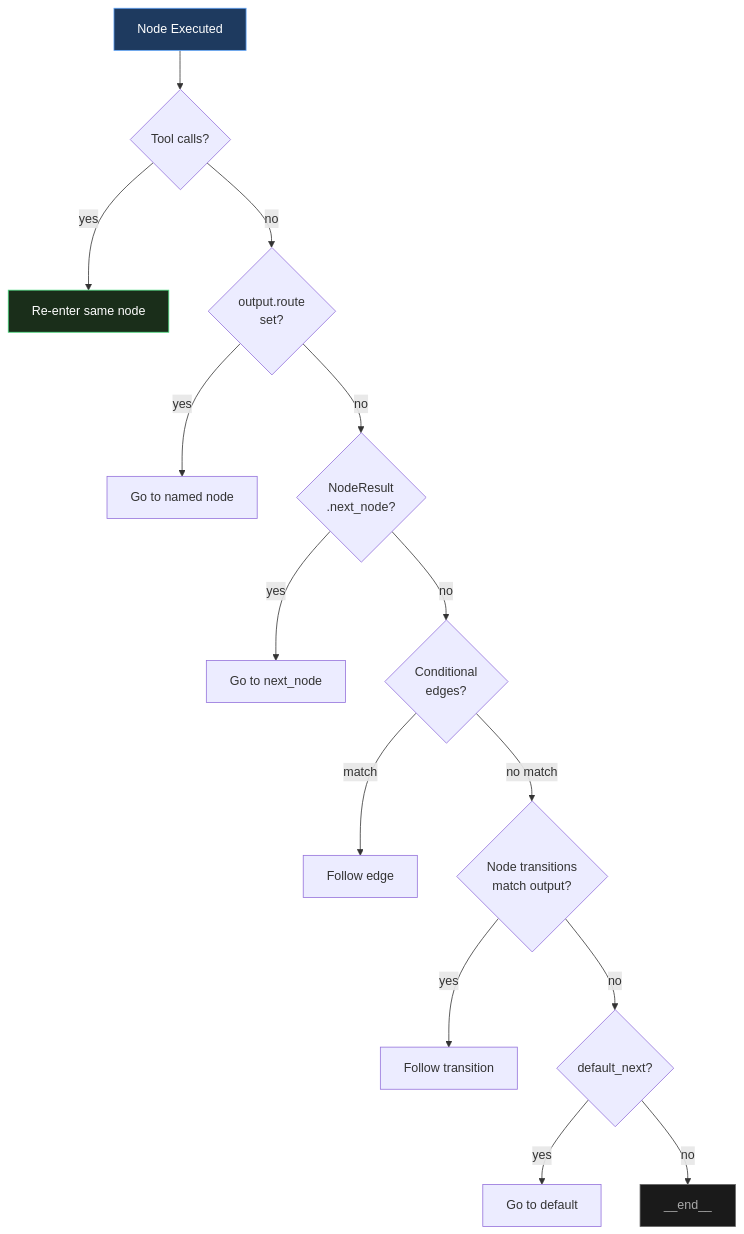
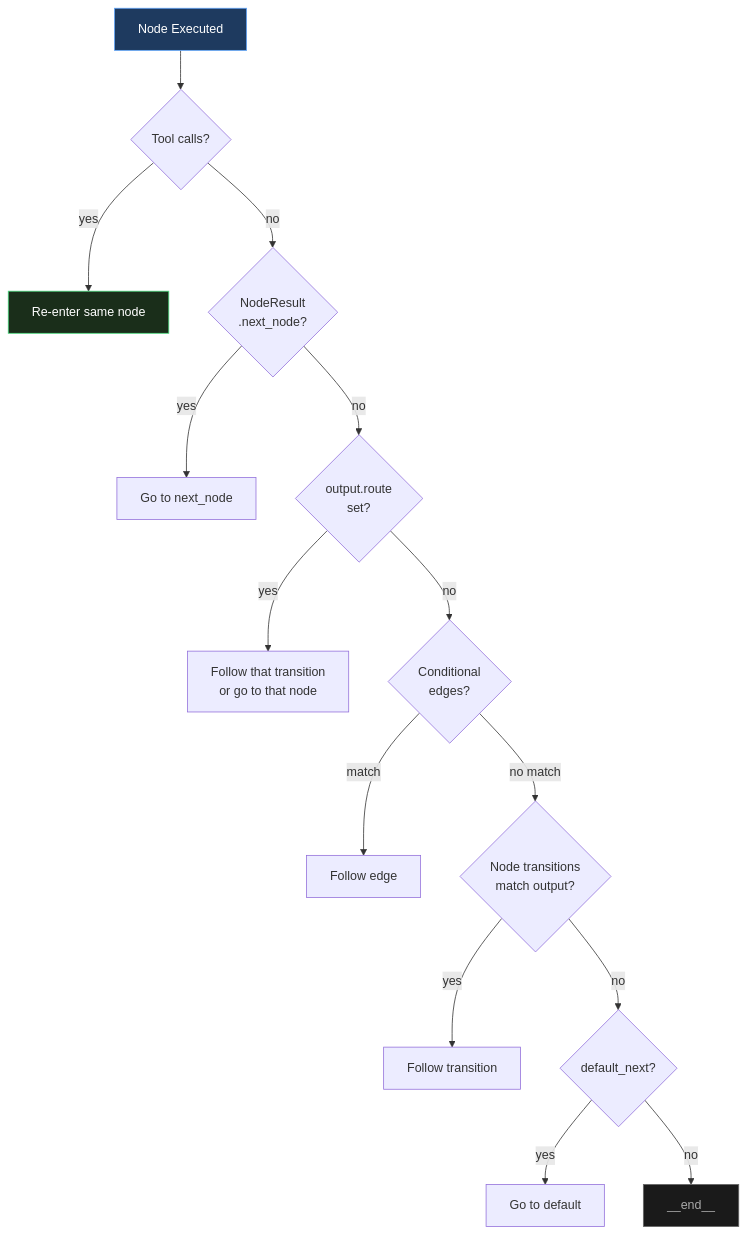
Before and after one commit to CloudEngineHub/DeepMCPAgent: the diagram in docs/core/engine-edges.md, drawn with Mermaid. The commit also changed other lines of this file and 25 other files, not shown here.

````diff
--- a/docs/core/engine-edges.md
+++ b/docs/core/engine-edges.md
@@ -103,20 +103,20 @@
 ```mermaid
 graph TD
     NE[Node Executed] --> TC{Tool calls?}
     TC -->|yes| SAME[Re-enter same node]
-    TC -->|no| LLM{output.route<br/>set?}
-    LLM -->|yes| TARGET[Go to named node]
-    LLM -->|no| NR{NodeResult<br/>.next_node?}
+    TC -->|no| NR{NodeResult<br/>.next_node?}
     NR -->|yes| TARGET2[Go to next_node]
-    NR -->|no| EDGE{Conditional<br/>edges?}
+    NR -->|no| LLM{output.route<br/>set?}
+    LLM -->|yes| TARGET[Follow that transition<br/>or go to that node]
+    LLM -->|no| EDGE{Conditional<br/>edges?}
     EDGE -->|match| TARGET3[Follow edge]
     EDGE -->|no match| TR{Node transitions<br/>match output?}
     TR -->|yes| TARGET4[Follow transition]
     TR -->|no| DEF{default_next?}
     DEF -->|yes| TARGET5[Go to default]
     DEF -->|no| END[__end__]
 
     style NE fill:#1e3a5f,stroke:#60a5fa,color:#fff
     style SAME fill:#1a2e1a,stroke:#4ade80,color:#fff
     style END fill:#1a1a1a,stroke:#666,color:#aaa
 ```
````
